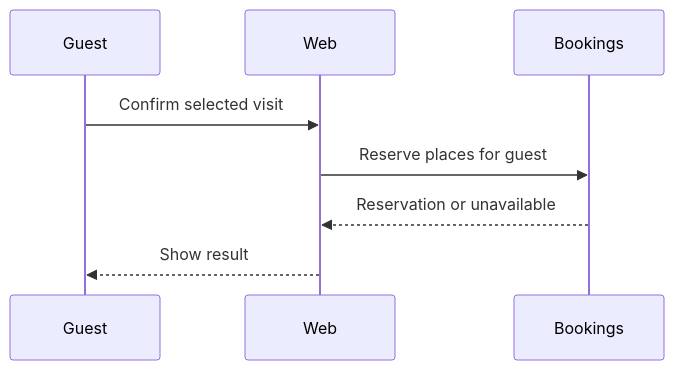
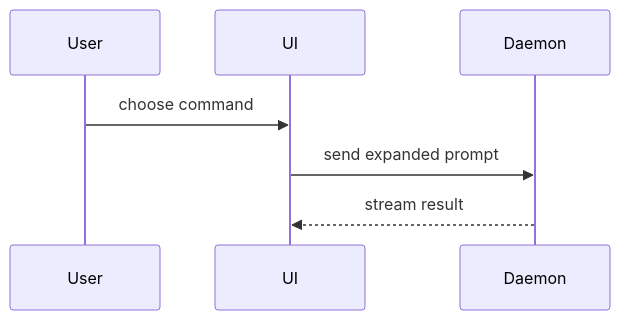
Before and after one commit to applification/astack: the diagram in plugins/applification/skills/show-me/SKILL.md, drawn with Mermaid. The commit also changed other lines of this file and 68 other files, not shown here.

````diff
--- a/plugins/applification/skills/show-me/SKILL.md
+++ b/plugins/applification/skills/show-me/SKILL.md
@@ -66,10 +52,9 @@
 ```mermaid
 sequenceDiagram
-    participant Guest
-    participant Web
-    participant Bookings
-    Guest->>Web: Confirm selected visit
-    Web->>Bookings: Reserve places for guest
-    Bookings-->>Web: Reservation or unavailable
-    Web-->>Guest: Show result
+    participant User
+    participant UI
+    participant Daemon
+    User->>UI: choose command
+    UI->>Daemon: send expanded prompt
+    Daemon-->>UI: stream result
 ```
````
